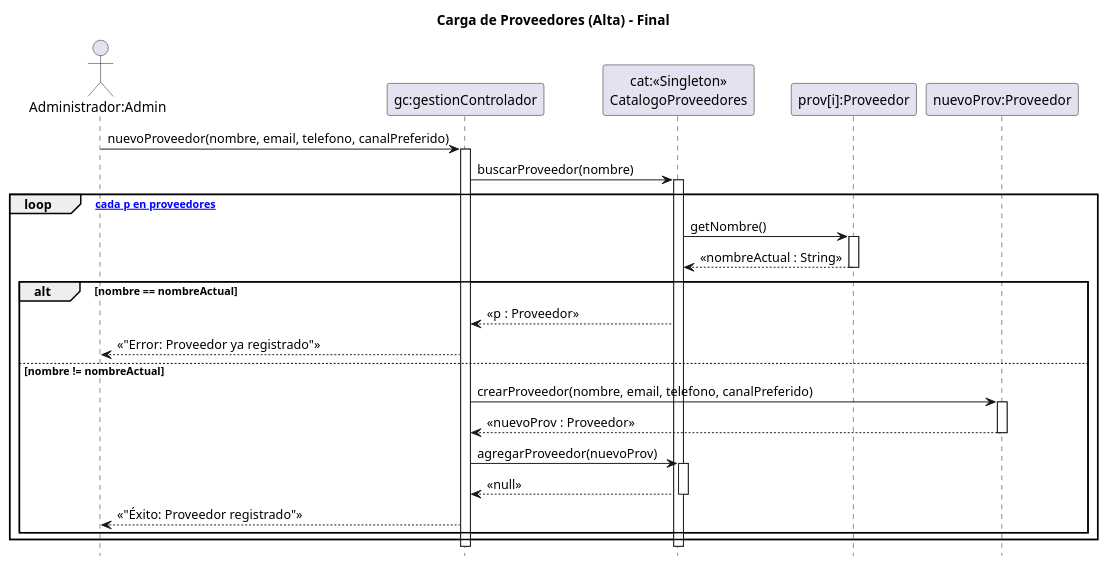
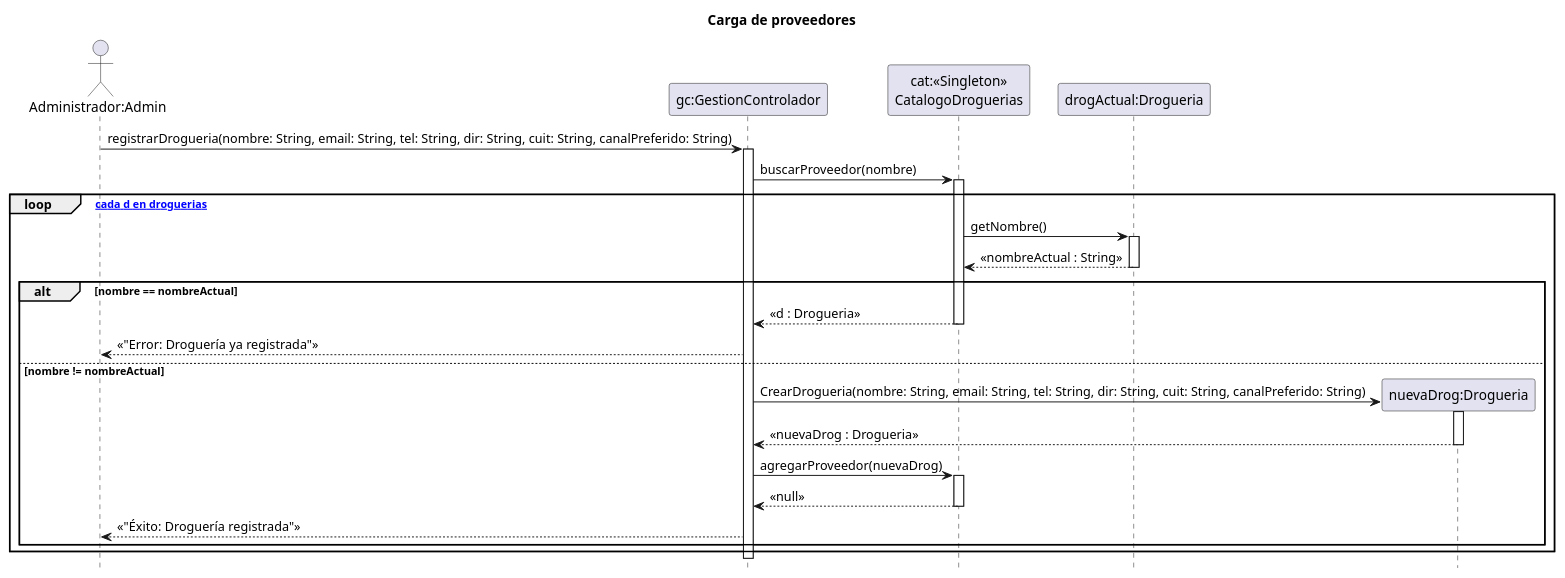
Before and after one commit to zEzequR/PF-I: the diagram in 08 - Diagramas de Secuencia de Diseño/CargaProveedores/CargaProveedores.puml, drawn with PlantUML. The commit also changed 9 other files, not shown here.

Commit message:
Diagramas de Carga

```diff
--- a/08 - Diagramas de Secuencia de Diseño/CargaProveedores/CargaProveedores.puml
+++ b/08 - Diagramas de Secuencia de Diseño/CargaProveedores/CargaProveedores.puml
@@ -1,49 +1,50 @@
 @startuml
-title Carga de Proveedores (Alta) - Final
-
+title Carga de proveedores
 hide footbox
 
 actor "Administrador:Admin" as admin
-participant "gc:gestionControlador" as ctrl
-participant "cat:<<Singleton>>\nCatalogoProveedores" as cat
-participant "prov[i]:Proveedor" as prov_iter
-participant "nuevoProv:Proveedor" as nuevo_prov
+participant "gc:GestionControlador" as ctrl
+participant "cat:<<Singleton>>\nCatalogoDroguerias" as cat
+participant "drogActual:Drogueria" as drog_actual
 
-admin -> ctrl : nuevoProveedor(nombre, email, telefono, canalPreferido)
+admin -> ctrl : registrarDrogueria(nombre: String, email: String, tel: String, dir: String, cuit: String, canalPreferido: String)
 activate ctrl
 
 ctrl -> cat : buscarProveedor(nombre)
 activate cat
 
-loop [para cada p en proveedores]
-    cat -> prov_iter : getNombre()
-    activate prov_iter
-    prov_iter --> cat : << nombreActual : String >>
-    deactivate prov_iter
+loop [para cada d en droguerias]
+    cat -> drog_actual : getNombre()
+    activate drog_actual
+    drog_actual --> cat : << nombreActual : String >>
+    deactivate drog_actual
     
     alt nombre == nombreActual
-        cat --> ctrl : << p : Proveedor >>
+        cat --> ctrl : << d : Drogueria >>
+        deactivate cat
         
-        ctrl --> admin : << "Error: Proveedor ya registrado" >>
+        ctrl --> admin : << "Error: Droguería ya registrada" >>
 
     else nombre != nombreActual
+
+        deactivate cat
     
-        ctrl -> nuevo_prov : crearProveedor(nombre, email, telefono, canalPreferido)
-        activate nuevo_prov
-        nuevo_prov --> ctrl : << nuevoProv : Proveedor >>
-        deactivate nuevo_prov
+        create participant "nuevaDrog:Drogueria" as nuevo_drog
+        ctrl -> nuevo_drog : CrearDrogueria(nombre: String, email: String, tel: String, dir: String, cuit: String, canalPreferido: String)
+        activate nuevo_drog
+        nuevo_drog --> ctrl : << nuevaDrog : Drogueria >>
+        deactivate nuevo_drog
 
-        ctrl -> cat : agregarProveedor(nuevoProv)
+        ctrl -> cat : agregarProveedor(nuevaDrog)
         activate cat
         
         cat --> ctrl : << null >>
         deactivate cat
         
-        ctrl --> admin : << "Éxito: Proveedor registrado" >>
+        ctrl --> admin : << "Éxito: Droguería registrada" >>
         
     end
 end
 
-deactivate cat
 deactivate ctrl
 @enduml
```
